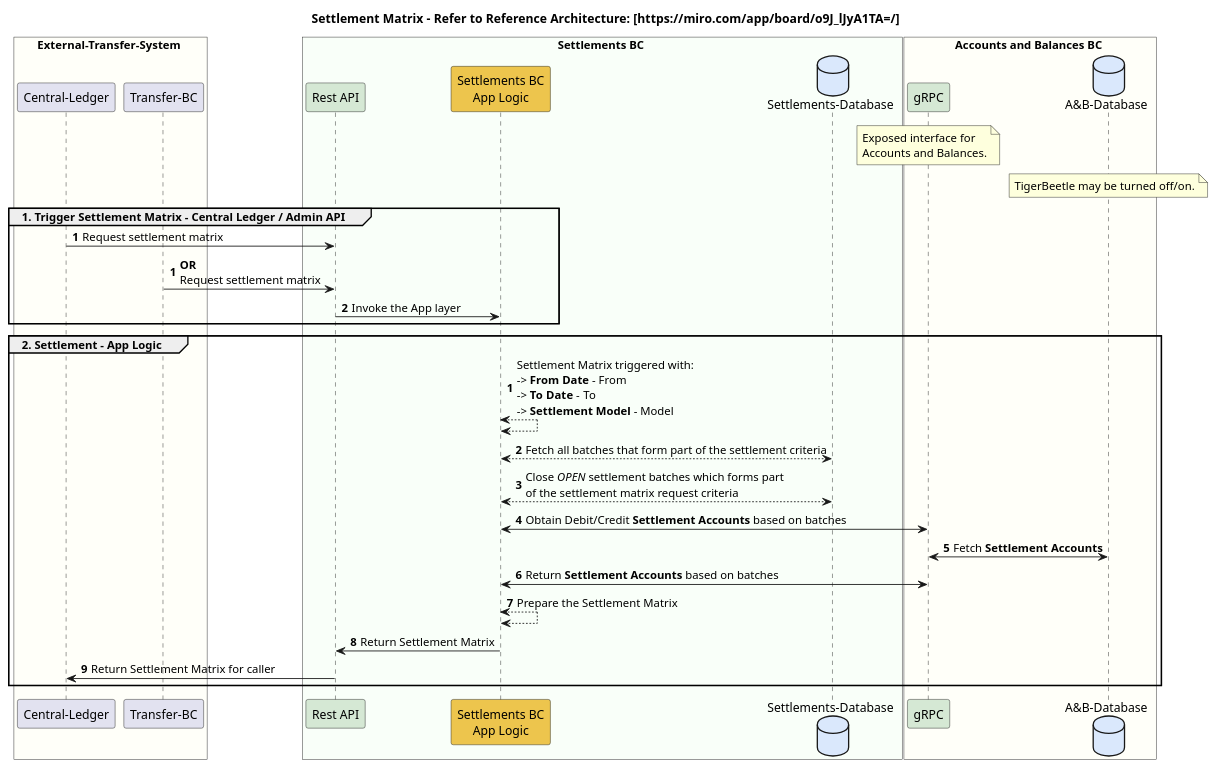
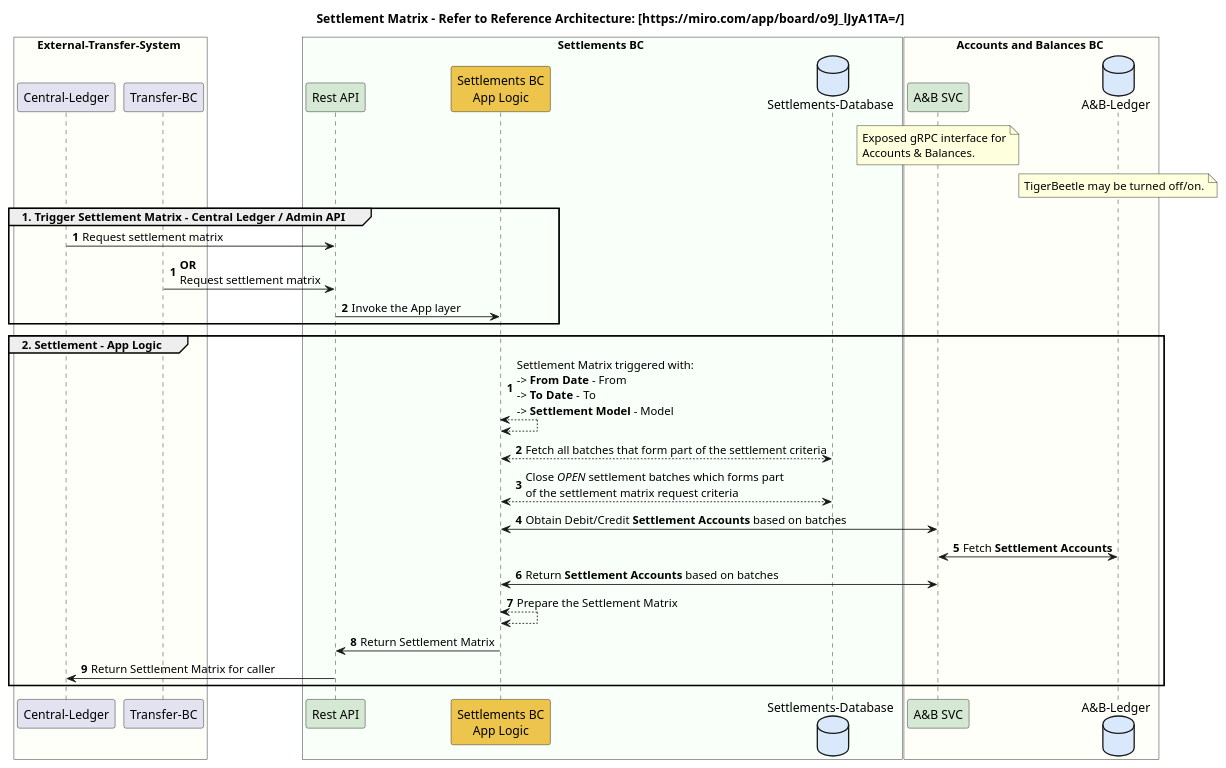
Before and after one commit to mojaloop/settlements-bc: the diagram in docs/flows/02-settlement-matrix-bc.puml, drawn with PlantUML. The commit also changed 3 other files, not shown here.

Commit message:
Flow updates.

```diff
--- a/docs/flows/02-settlement-matrix-bc.puml
+++ b/docs/flows/02-settlement-matrix-bc.puml
@@ -1,49 +1,49 @@
 @startuml
 
 title Settlement Matrix - Refer to Reference Architecture: [https://miro.com/app/board/o9J_lJyA1TA=/]
 
 box External-Transfer-System #FFFFF9
     participant "Central-Ledger" as ext_cl
     participant "Transfer-BC" as ext_transfers_bc
 end box
 
 box Settlements BC #F9FFF9
 	participant "Rest API" as sbc_rest #D5E8D4
 	participant "Settlements BC\nApp Logic" as sbc_app_logic #EDC54D
 	database "Settlements-Database" as sbc_db #DAE8FC
 end box
 
 box Accounts and Balances BC #FFFFF9
-    participant "gRPC" as abbc_grpc #D5E8D4
-    database "A&B-Database" as abbc_tigerbeetle #DAE8FC
+    participant "A&B SVC" as abbc_grpc #D5E8D4
+    database "A&B-Ledger" as abbc_tigerbeetle #DAE8FC
     note over abbc_grpc
-        Exposed interface for
-        Accounts and Balances.
+        Exposed gRPC interface for
+        Accounts & Balances.
     end note
     note over abbc_tigerbeetle
         TigerBeetle may be turned off/on.
     end note
 end box
 
 group 1. Trigger Settlement Matrix - Central Ledger / Admin API
 autonumber
     ext_cl -> sbc_rest : Request settlement matrix
 autonumber
     ext_transfers_bc -> sbc_rest : **OR** \nRequest settlement matrix
     sbc_rest -> sbc_app_logic : Invoke the App layer
 end
 
 group 2. Settlement - App Logic
 autonumber
     sbc_app_logic <--> sbc_app_logic: Settlement Matrix triggered with:\n-> **From Date** - From\n-> **To Date** - To\n-> **Settlement Model** - Model
     sbc_app_logic <--> sbc_db : Fetch all batches that form part of the settlement criteria
     sbc_app_logic <--> sbc_db : Close //OPEN// settlement batches which forms part \nof the settlement matrix request criteria
     sbc_app_logic <-> abbc_grpc : Obtain Debit/Credit **Settlement Accounts** based on batches
     abbc_grpc <-> abbc_tigerbeetle: Fetch **Settlement Accounts**
     abbc_grpc <-> sbc_app_logic : Return **Settlement Accounts** based on batches
     sbc_app_logic <--> sbc_app_logic : Prepare the Settlement Matrix
     sbc_app_logic -> sbc_rest : Return Settlement Matrix
     sbc_rest -> ext_cl : Return Settlement Matrix for caller
 end
 
 @enduml
```
